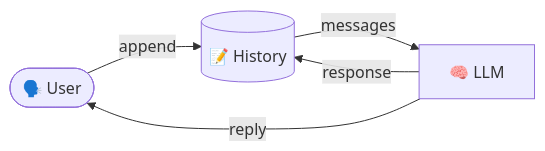
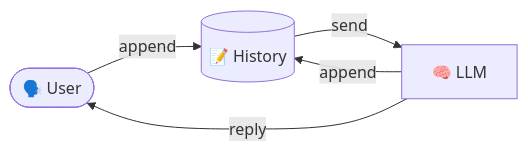
One commit to agenticloops-ai/agentic-ai-engineering changed the third of 8 diagrams in 01-foundations/workshop.md. Above: the diagram before and after it, drawn with Mermaid. The commit also changed other lines of this file, not shown here.

Commit message:
docs: standardize diagram naming (nouns for shapes, verbs for arrows)

````diff
--- a/01-foundations/workshop.md
+++ b/01-foundations/workshop.md
@@ -167,7 +167,7 @@
 ```mermaid
 flowchart LR
     U([🗣️ User]) -->|append| H[(📝 History)]
-    H -->|messages| L[🧠 LLM]
-    L -->|response| H
+    H -->|send| L[🧠 LLM]
+    L -->|append| H
     L -->|reply| U
 ```
````
